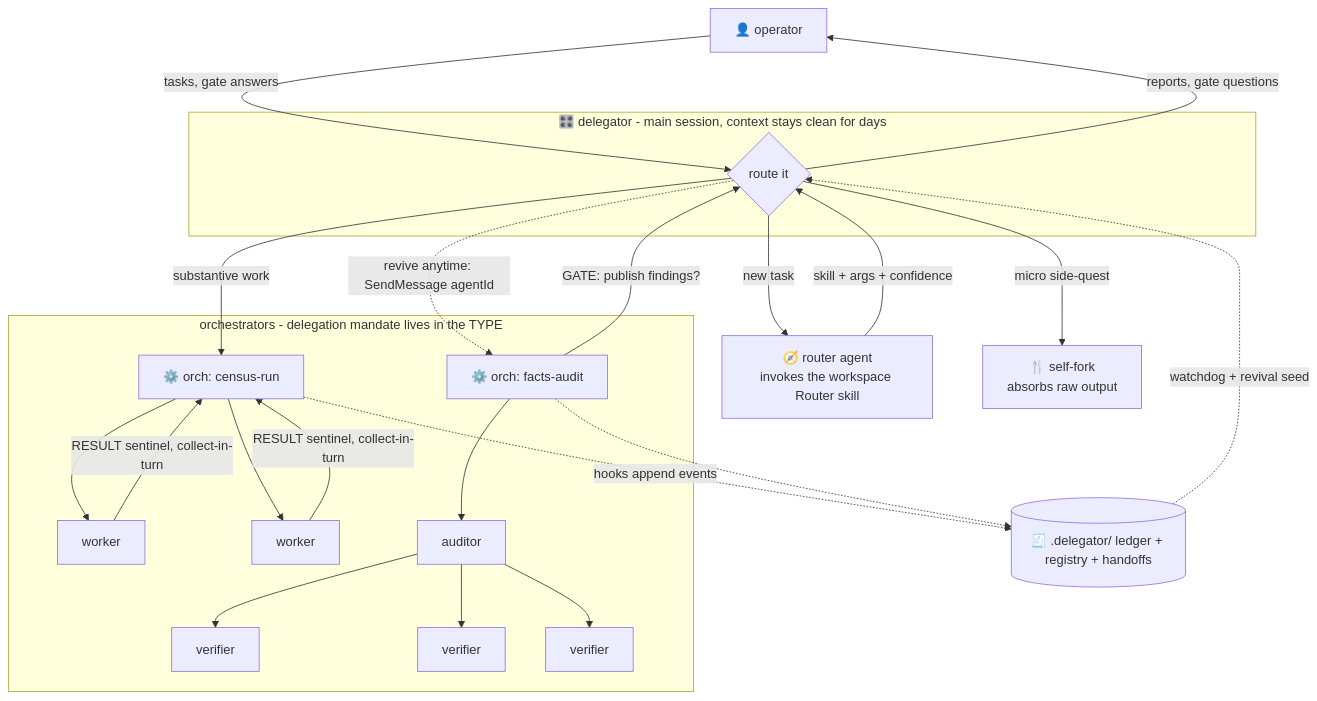
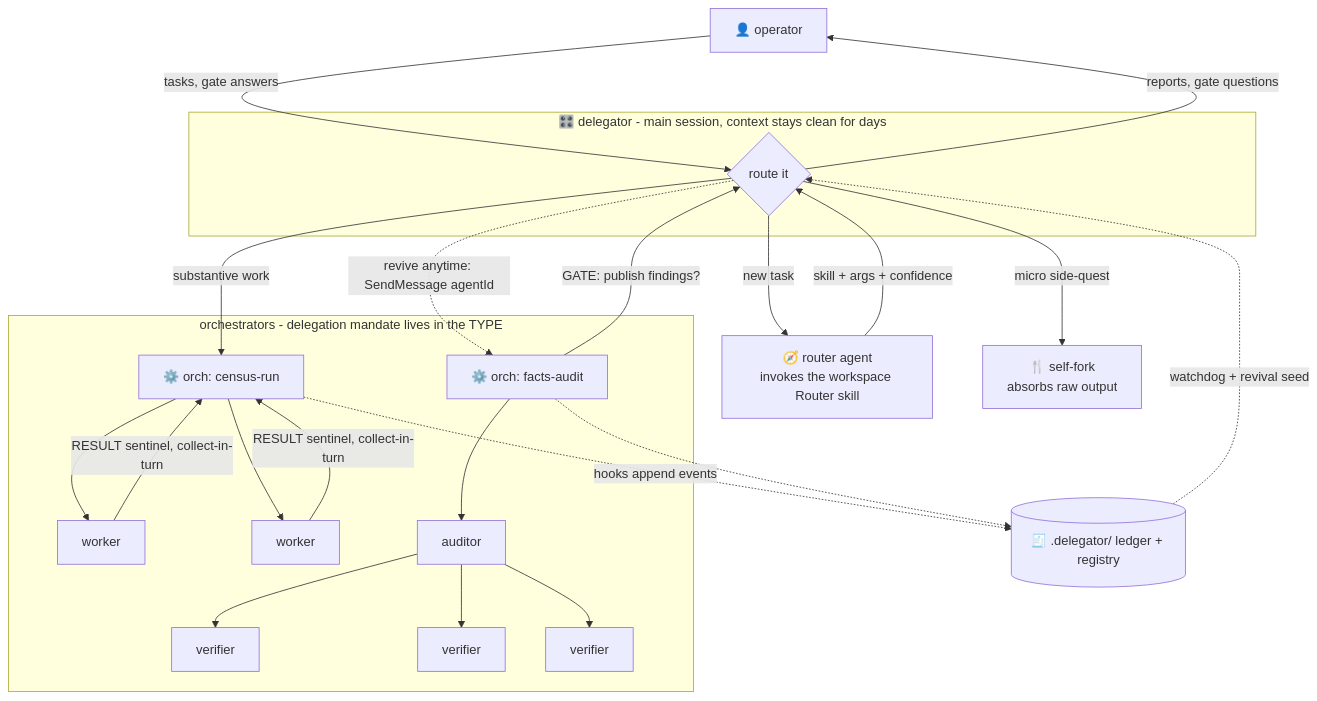
The diagram in README.md (bbadler/claude-code-delegator), drawn with Mermaid before and after one commit. The commit also changed 3 other files, not shown here.

First line of the commit message:
docs: drop stale 'handoffs' from the architecture diagram label (transcripts are the handoff)

````diff
--- a/README.md
+++ b/README.md
@@ -21,32 +21,32 @@
 ```mermaid
 flowchart TD
     U["👤 operator"] -->|"tasks, gate answers"| D
     D -->|"reports, gate questions"| U
 
     subgraph MAIN["🎛️ delegator - main session, context stays clean for days"]
         D{"route it"}
     end
 
     D -->|"new task"| R["🧭 router agent<br/>invokes the workspace Router skill"]
     R -->|"skill + args + confidence"| D
     D -->|"substantive work"| O1
     D -->|"micro side-quest"| F["🍴 self-fork<br/>absorbs raw output"]
     D -.->|"revive anytime: SendMessage agentId"| O2
 
     subgraph WORK["orchestrators - delegation mandate lives in the TYPE"]
         O1["⚙️ orch: census-run"] --> W1["worker"]
         O1 --> W2["worker"]
         O2["⚙️ orch: facts-audit"] --> A["auditor"]
         A --> V1["verifier"]
         A --> V2["verifier"]
         A --> V3["verifier"]
     end
 
     O2 -->|"GATE: publish findings?"| D
     W1 -->|"RESULT sentinel, collect-in-turn"| O1
     W2 -->|"RESULT sentinel, collect-in-turn"| O1
 
-    O1 -.->|"hooks append events"| L[("🧾 .delegator/ ledger + registry + handoffs")]
+    O1 -.->|"hooks append events"| L[("🧾 .delegator/ ledger + registry")]
     O2 -.-> L
     L -.->|"watchdog + revival seed"| D
 ```
````
